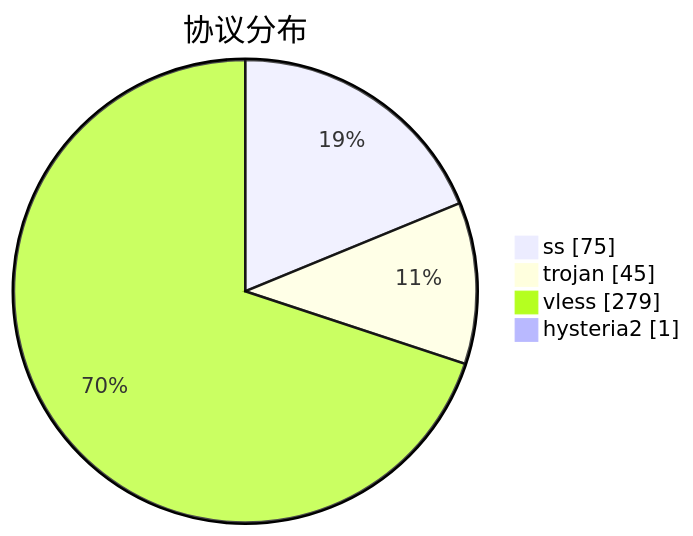
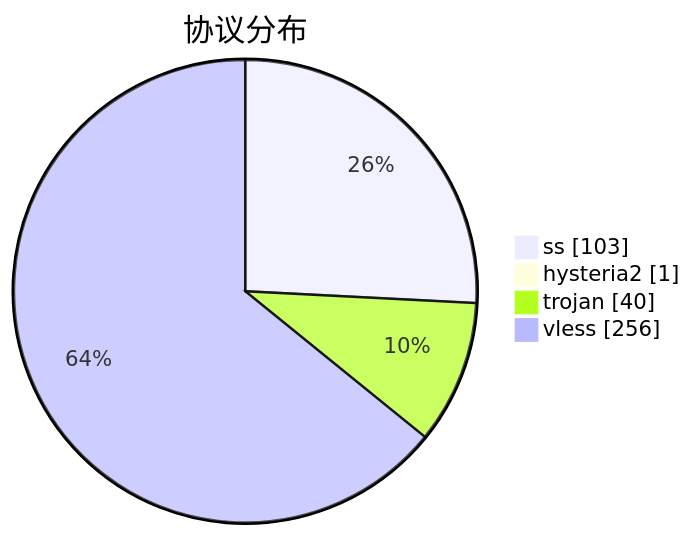
The third of 3 diagrams in subs/statistics/tested_within.md (qjlxg/airport), drawn with Mermaid before and after one commit. The commit also changed other lines of this file and 2 other files, not shown here.

````diff
--- a/subs/statistics/tested_within.md
+++ b/subs/statistics/tested_within.md
@@ -19,8 +19,8 @@
 ```mermaid
 pie showData
 title 协议分布
-"ss" : 75
-"trojan" : 45
-"vless" : 279
+"ss" : 103
 "hysteria2" : 1
+"trojan" : 40
+"vless" : 256
 ```
````
